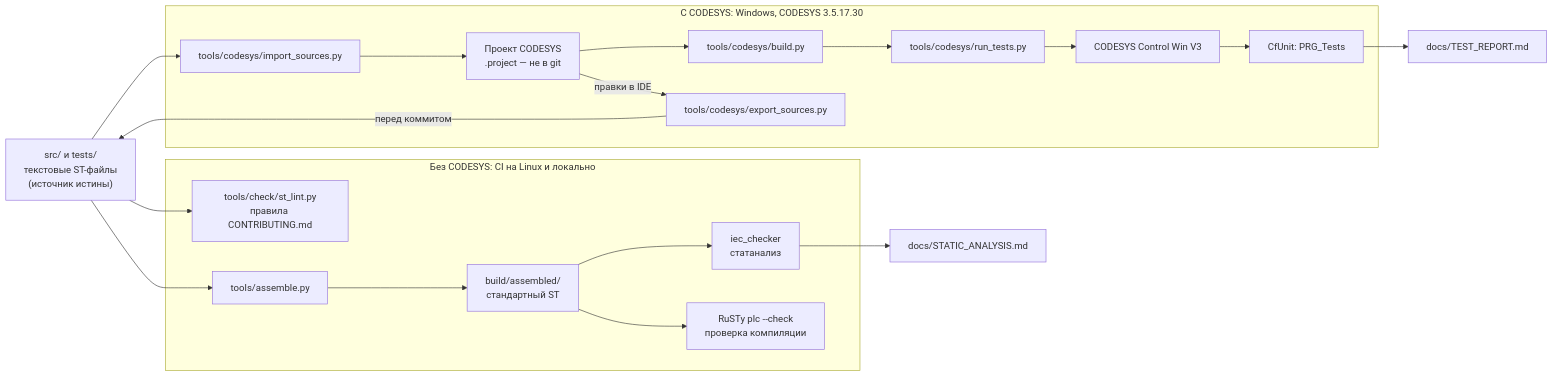
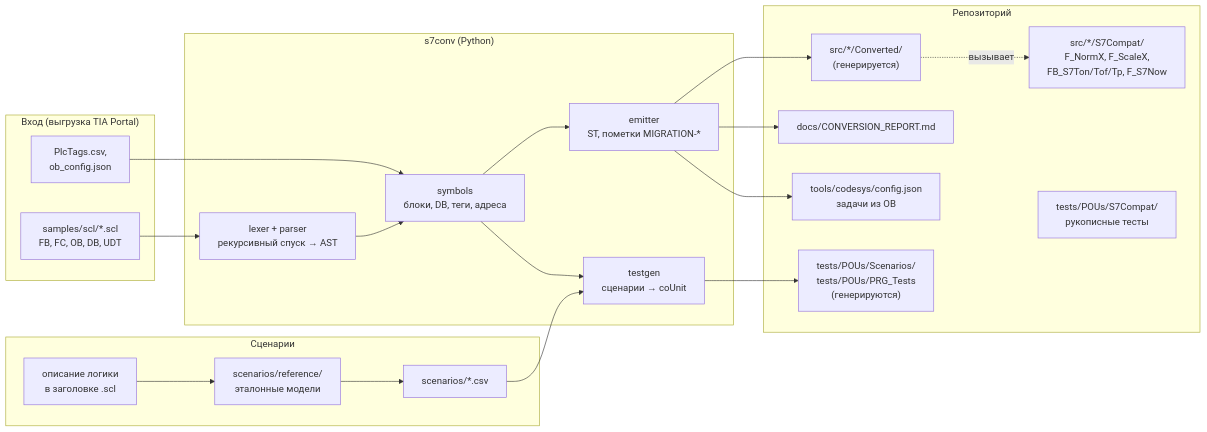
Before and after one commit to kr0nsch/s7-to-codesys: the diagram in docs/ARCHITECTURE.md, drawn with Mermaid. The commit also changed other lines of this file and 9 other files, not shown here.

````diff
--- a/docs/ARCHITECTURE.md
+++ b/docs/ARCHITECTURE.md
@@ -9,32 +10,35 @@
 ```mermaid
 flowchart LR
-    src["src/ и tests/<br/>текстовые ST-файлы<br/>(источник истины)"]
-
-    subgraph ci["Без CODESYS: CI на Linux и локально"]
-        lint["tools/check/st_lint.py<br/>правила CONTRIBUTING.md"]
-        asm["tools/assemble.py"]
-        built["build/assembled/<br/>стандартный ST"]
-        iec["iec_checker<br/>статанализ"]
-        rusty["RuSTy plc --check<br/>проверка компиляции"]
+    subgraph inp["Вход (выгрузка TIA Portal)"]
+        scl["samples/scl/*.scl<br/>FB, FC, OB, DB, UDT"]
+        tags["PlcTags.csv,<br/>ob_config.json"]
     end
-
-    subgraph cds["С CODESYS: Windows, CODESYS 3.5.17.30"]
-        imp["tools/codesys/import_sources.py"]
-        proj["Проект CODESYS<br/>.project — не в git"]
-        bld["tools/codesys/build.py"]
-        run["tools/codesys/run_tests.py"]
-        ctrl["CODESYS Control Win V3"]
-        cf["CfUnit: PRG_Tests"]
-        exp["tools/codesys/export_sources.py"]
+    subgraph conv["s7conv (Python)"]
+        parse["lexer + parser<br/>рекурсивный спуск → AST"]
+        sym["symbols<br/>блоки, DB, теги, адреса"]
+        emit["emitter<br/>ST, пометки MIGRATION-*"]
+        gen["testgen<br/>сценарии → coUnit"]
     end
-
-    rep["docs/TEST_REPORT.md"]
-    sa["docs/STATIC_ANALYSIS.md"]
-
-    src --> lint
-    src --> asm --> built
-    built --> iec --> sa
-    built --> rusty
-    src --> imp --> proj --> bld --> run --> ctrl --> cf --> rep
-    proj -- "правки в IDE" --> exp -- "перед коммитом" --> src
+    subgraph out["Репозиторий"]
+        convd["src/*/Converted/<br/>(генерируется)"]
+        compat["src/*/S7Compat/<br/>F_NormX, F_ScaleX,<br/>FB_S7Ton/Tof/Tp, F_S7Now"]
+        rep["docs/CONVERSION_REPORT.md"]
+        cfg["tools/codesys/config.json<br/>задачи из OB"]
+        tst["tests/POUs/Scenarios/<br/>tests/POUs/PRG_Tests<br/>(генерируются)"]
+        hand["tests/POUs/S7Compat/<br/>рукописные тесты"]
+    end
+    subgraph sc["Сценарии"]
+        desc["описание логики<br/>в заголовке .scl"]
+        model["scenarios/reference/<br/>эталонные модели"]
+        csv["scenarios/*.csv"]
+    end
+    scl --> parse --> sym --> emit
+    tags --> sym
+    emit --> convd
+    emit --> rep
+    emit --> cfg
+    desc --> model --> csv --> gen
+    sym --> gen
+    gen --> tst
+    convd -. вызывает .-> compat
 ```
````
